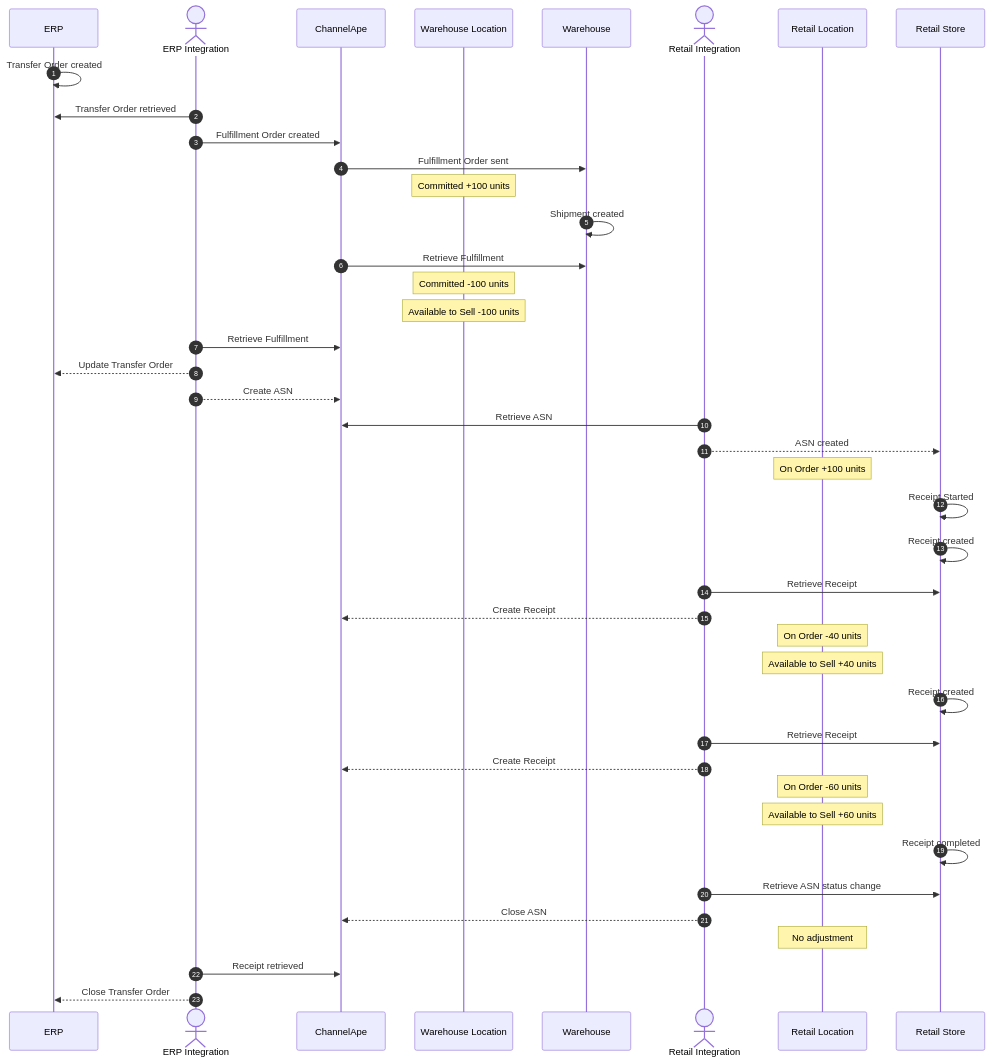
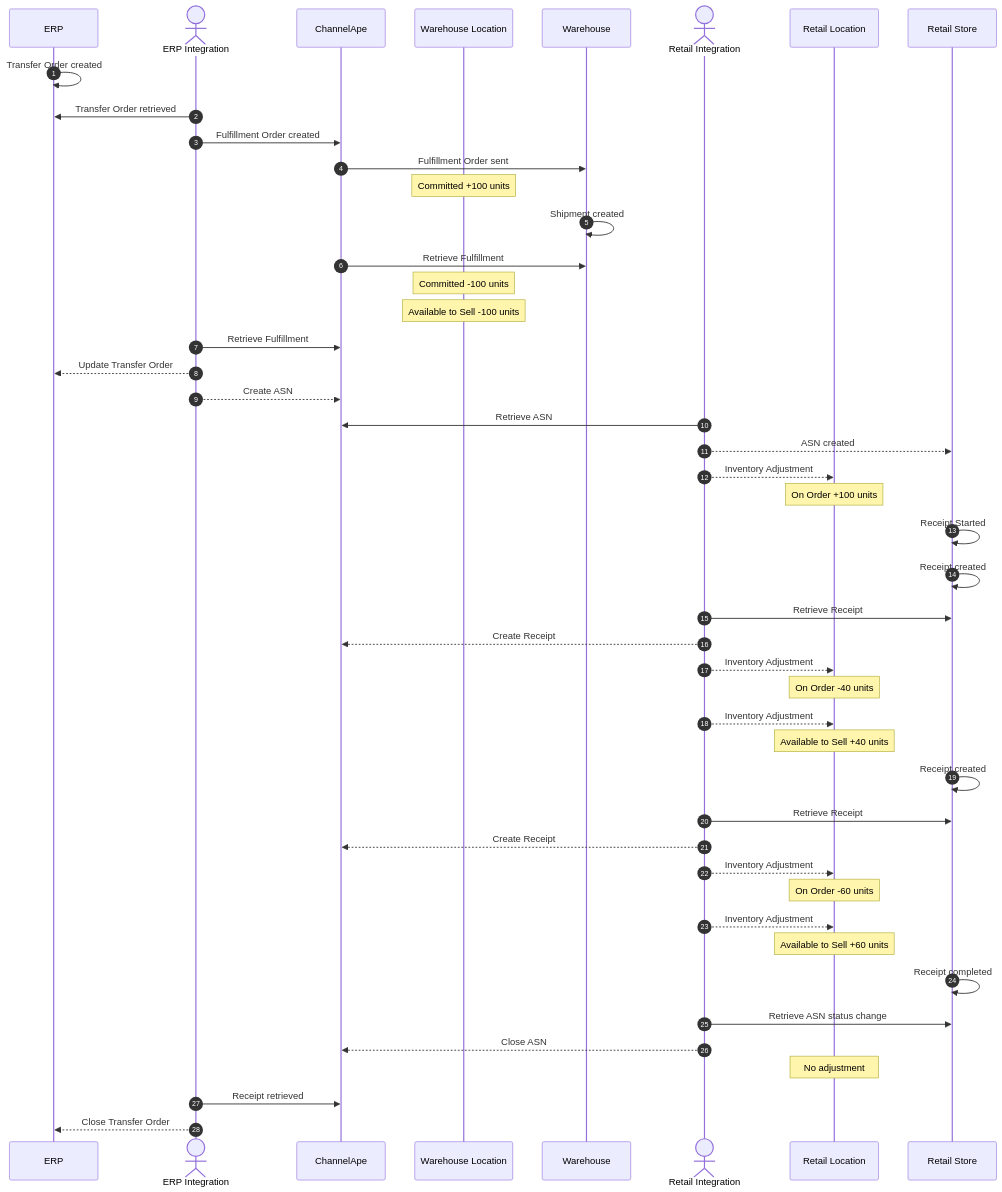
Before and after one commit to ChannelApe/channelape-docs: the second of 6 diagrams in data-flows/transfer-orders/README.md, drawn with Mermaid. The commit also changed other lines of this file, not shown here.

Commit message:
Added sequences for actor & retail location adjustments

````diff
--- a/data-flows/transfer-orders/README.md
+++ b/data-flows/transfer-orders/README.md
@@ -89,57 +92,62 @@
 ```mermaid
 sequenceDiagram
     autonumber
     participant ERP
     actor ERP Integration
     participant ChannelApe
     participant Warehouse Location
     participant Warehouse
     actor Retail Integration
     participant Retail Location
     participant Retail Store
 
     ERP->>ERP: Transfer Order created
 
     ERP Integration->>ERP: Transfer Order retrieved
     ERP Integration->>ChannelApe: Fulfillment Order created
 
     ChannelApe->>Warehouse: Fulfillment Order sent
     note over Warehouse Location: Committed +100 units
     
     Warehouse->>Warehouse: Shipment created
     ChannelApe->>Warehouse: Retrieve Fulfillment
     note over Warehouse Location: Committed -100 units
     note over Warehouse Location: Available to Sell -100 units
 
     ERP Integration->>ChannelApe: Retrieve Fulfillment
     ERP Integration-->>ERP: Update Transfer Order
     ERP Integration-->>ChannelApe: Create ASN
     
     Retail Integration->>ChannelApe: Retrieve ASN
     Retail Integration-->>Retail Store: ASN created
+    Retail Integration-->>Retail Location: Inventory Adjustment
     note over Retail Location: On Order +100 units
 
     Retail Store->>Retail Store: Receipt Started
 
     Retail Store->>Retail Store: Receipt created
     Retail Integration->>Retail Store: Retrieve Receipt
     Retail Integration-->>ChannelApe: Create Receipt
+    Retail Integration-->>Retail Location: Inventory Adjustment
     note over Retail Location: On Order -40 units
+    Retail Integration-->>Retail Location: Inventory Adjustment
     note over Retail Location: Available to Sell +40 units
 
     Retail Store->>Retail Store: Receipt created
     Retail Integration->>Retail Store: Retrieve Receipt
     Retail Integration-->>ChannelApe: Create Receipt
+    Retail Integration-->>Retail Location: Inventory Adjustment
     note over Retail Location: On Order -60 units
+    Retail Integration-->>Retail Location: Inventory Adjustment
     note over Retail Location: Available to Sell +60 units
     
     Retail Store->>Retail Store: Receipt completed
 
     Retail Integration->>Retail Store: Retrieve ASN status change
     Retail Integration-->>ChannelApe: Close ASN
     note over Retail Location: No adjustment
 
     ERP Integration->>ChannelApe: Receipt retrieved
 
     ERP Integration-->>ERP: Close Transfer Order
 ```
````
